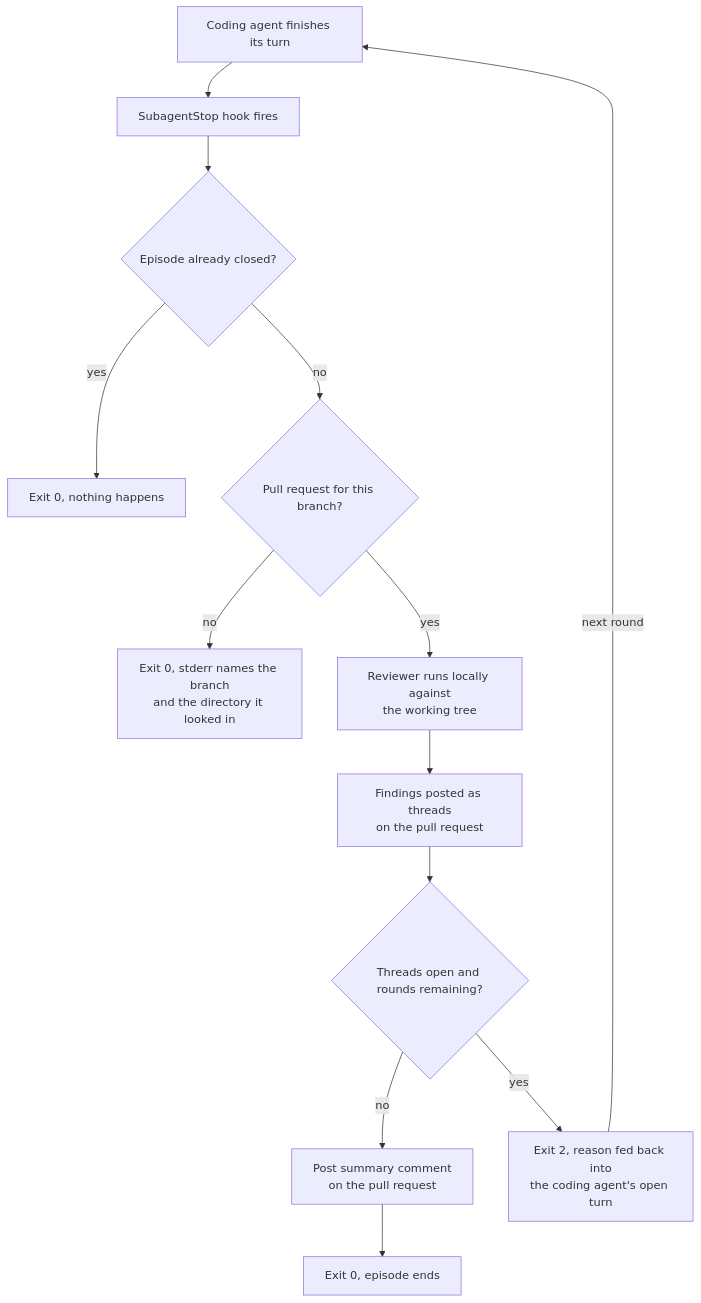
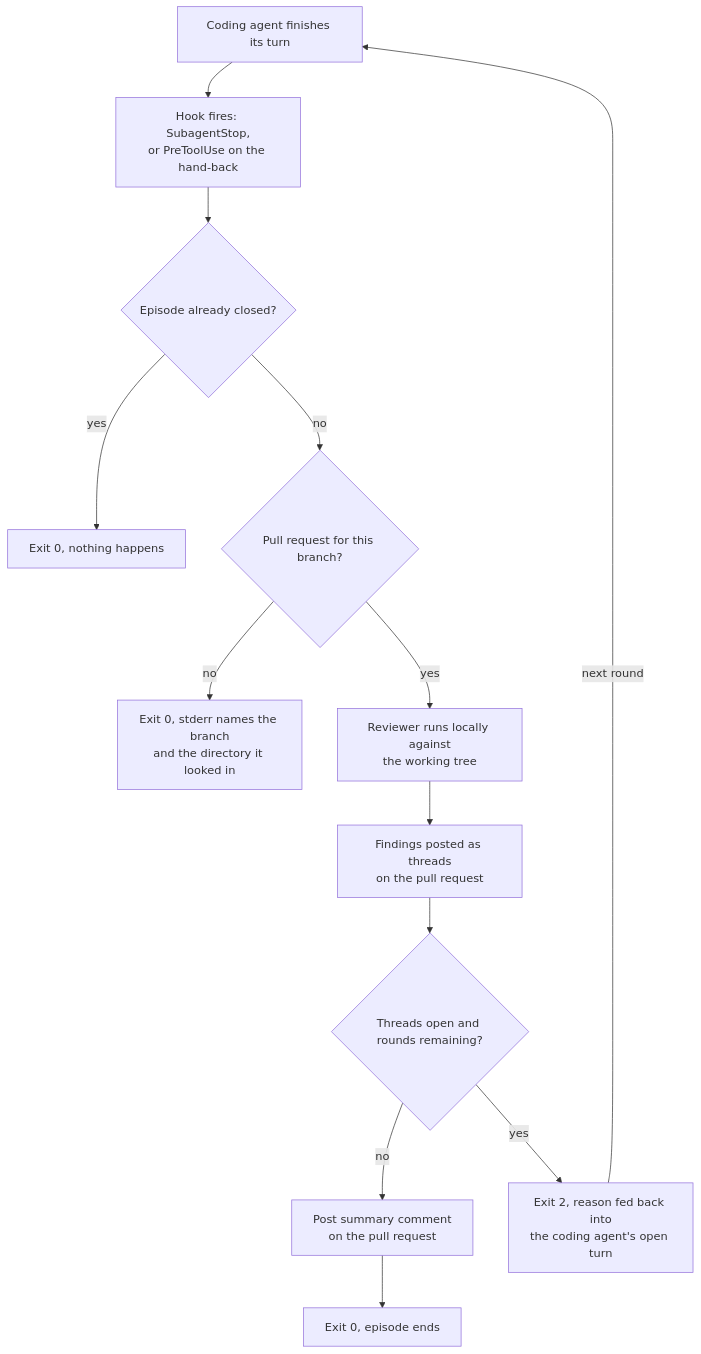
The first of 2 diagrams in docs/specs/review-harness-spec.md (jacygao/squiz), drawn with Mermaid before and after one commit. The commit also changed other lines of this file and 7 other files, not shown here.

First line of the commit message:
Refuse the hand-back to block a subagent in auto mode

````diff
--- a/docs/specs/review-harness-spec.md
+++ b/docs/specs/review-harness-spec.md
@@ -160,15 +165,15 @@
 ```mermaid
 flowchart TD
-    A[Coding agent finishes its turn] --> B[SubagentStop hook fires]
+    A[Coding agent finishes its turn] --> B[Hook fires: SubagentStop,<br/>or PreToolUse on the hand-back]
     B --> K{Episode already closed?}
     K -->|yes| D[Exit 0, nothing happens]
     K -->|no| C{Pull request for this branch?}
     C -->|no| L[Exit 0, stderr names the branch<br/>and the directory it looked in]
     C -->|yes| E[Reviewer runs locally against<br/>the working tree]
     E --> F[Findings posted as threads<br/>on the pull request]
     F --> G{Threads open and rounds remaining?}
     G -->|no| I[Post summary comment<br/>on the pull request]
     I --> J[Exit 0, episode ends]
     G -->|yes| H[Exit 2, reason fed back into<br/>the coding agent's open turn]
     H -->|next round| A
 ```
````
